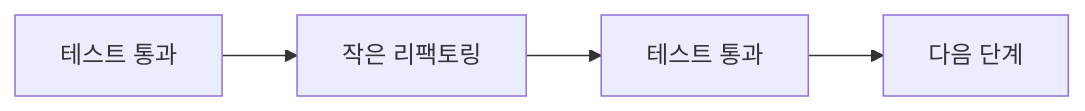
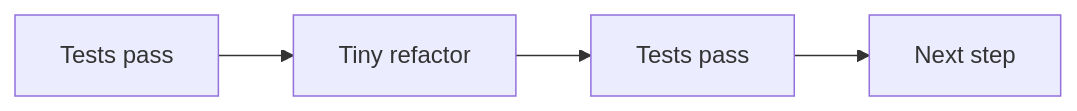
One commit to yeongseon-books/book-content changed the diagram in content/clean-code-101/ko/09-refactoring-basics.md. Above: the diagram before and after it, drawn with Mermaid. The commit also changed other lines of this file and 9 other files, not shown here.

````diff
--- a/content/clean-code-101/ko/09-refactoring-basics.md
+++ b/content/clean-code-101/ko/09-refactoring-basics.md
@@ -40,6 +46,6 @@
 ```mermaid
 flowchart LR
-    T["테스트 통과"] --> R["작은 리팩토링"]
-    R --> T2["테스트 통과"]
-    T2 --> R2["다음 단계"]
+    T["Tests pass"] --> R["Tiny refactor"]
+    R --> T2["Tests pass"]
+    T2 --> R2["Next step"]
 ```
````
